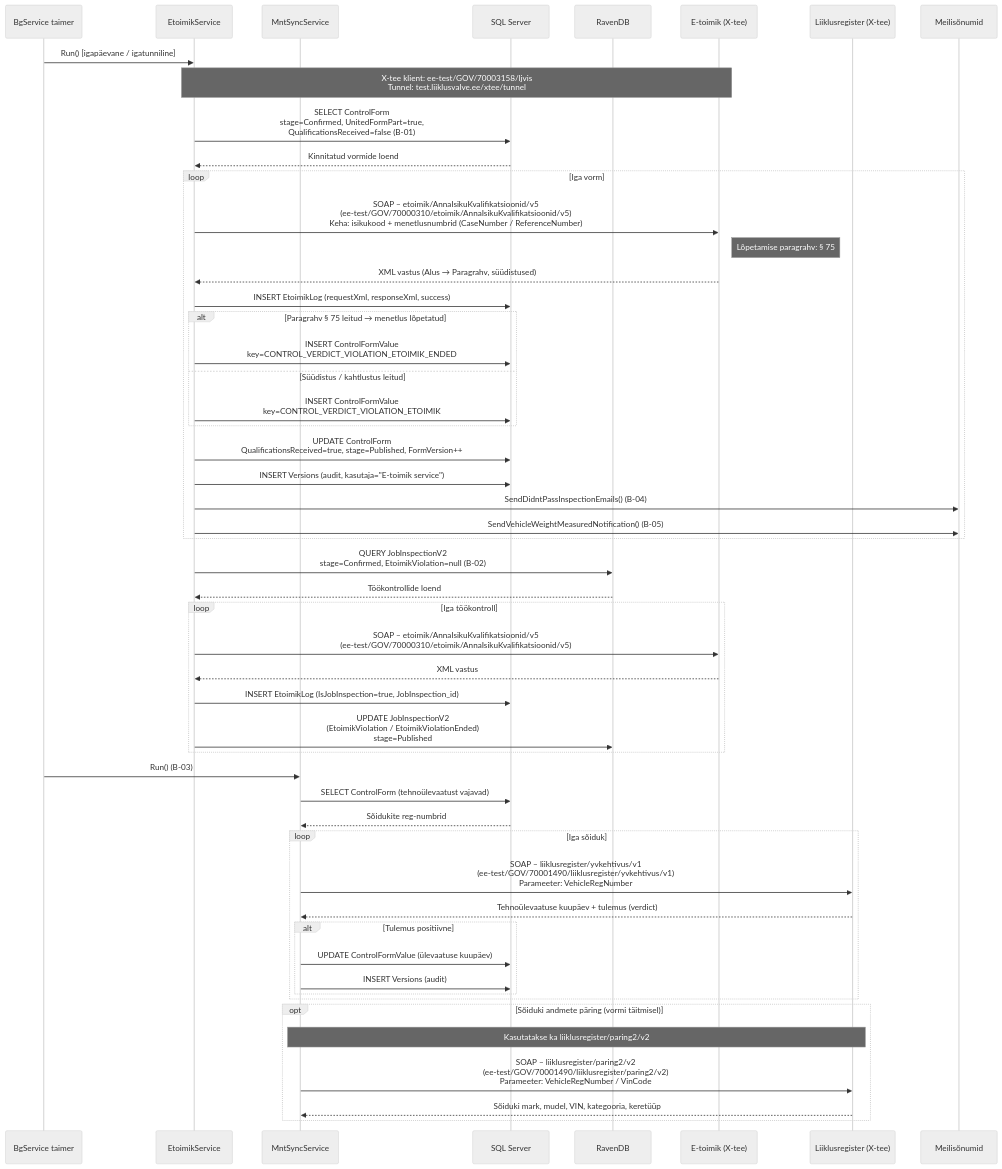
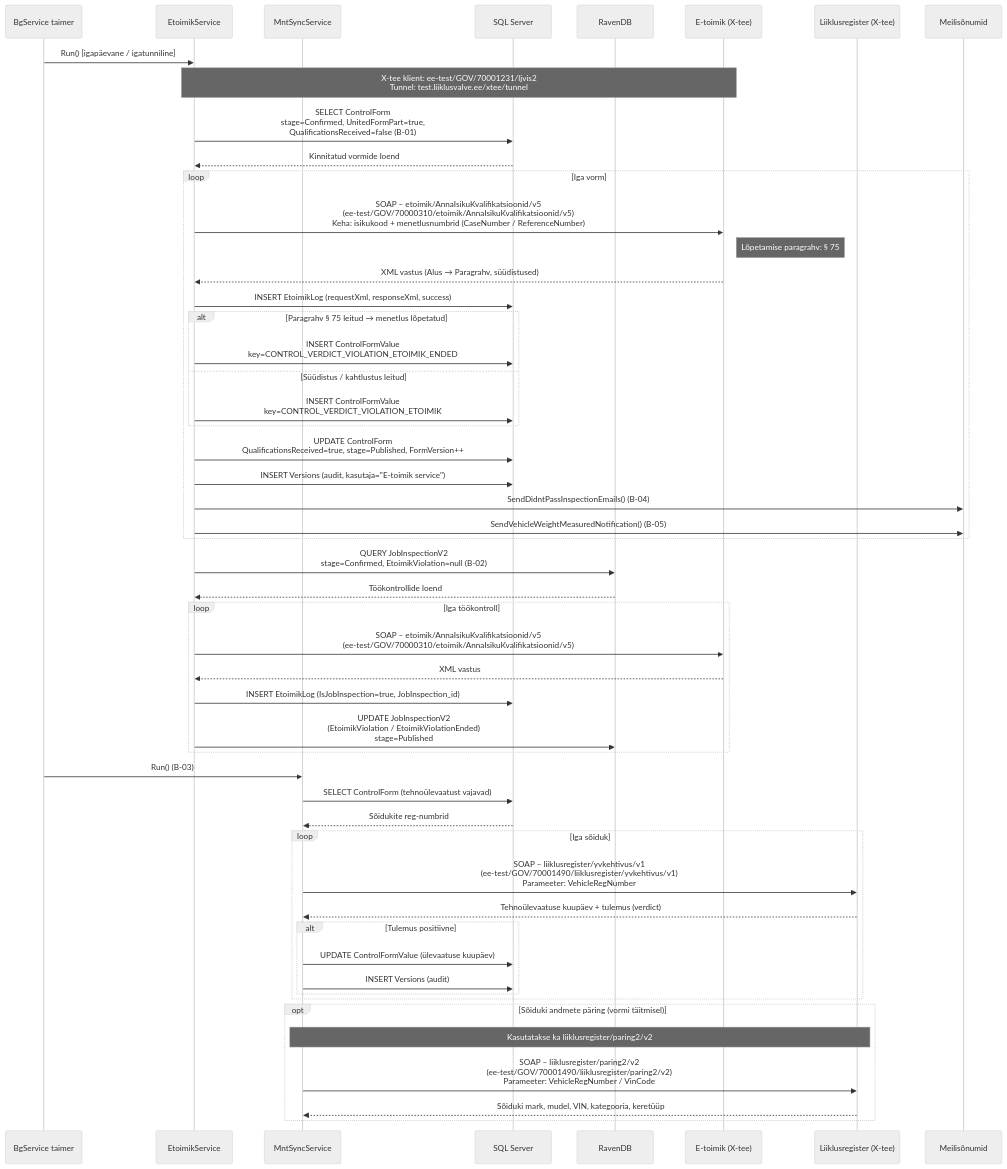
Diagram 19 of 19 in architecture/use-cases.md (kemit-ee/ljvis-2), drawn with Mermaid (neutral theme) before and after one commit. The commit also changed other lines of this file and 2 other files, not shown here.

Commit message:
docs(xtee): LJVIS 2 alamsüsteemi nimi (KLIM 70001231/ljvis2) ja RR teenus domesticDataExchange/isikud

````diff
--- a/architecture/use-cases.md
+++ b/architecture/use-cases.md
@@ -946,66 +946,66 @@
 ```mermaid
 sequenceDiagram
     participant Timer as BgService taimer
     participant EtoimikSvc as EtoimikService
     participant MntSvc as MntSyncService
     participant DB as SQL Server
     participant Raven as RavenDB
     participant Etoimik as E-toimik (X-tee)
     participant MNT as Liiklusregister (X-tee)
     participant Mail as Meilisõnumid
 
     Timer->>EtoimikSvc: Run() [igapäevane / igatunniline]
 
-    Note over EtoimikSvc,Etoimik: X-tee klient: ee-test/GOV/70003158/ljvis<br/>Tunnel: test.liiklusvalve.ee/xtee/tunnel
+    Note over EtoimikSvc,Etoimik: X-tee klient: ee-test/GOV/70001231/ljvis2<br/>Tunnel: test.liiklusvalve.ee/xtee/tunnel
 
     EtoimikSvc->>DB: SELECT ControlForm<br/>stage=Confirmed, UnitedFormPart=true,<br/>QualificationsReceived=false (B-01)
     DB-->>EtoimikSvc: Kinnitatud vormide loend
 
     loop Iga vorm
         EtoimikSvc->>Etoimik: SOAP – etoimik/AnnaIsikuKvalifikatsioonid/v5<br/>(ee-test/GOV/70000310/etoimik/AnnaIsikuKvalifikatsioonid/v5)<br/>Keha: isikukood + menetlusnumbrid (CaseNumber / ReferenceNumber)
         Note right of Etoimik: Lõpetamise paragrahv: § 75
         Etoimik-->>EtoimikSvc: XML vastus (Alus → Paragrahv, süüdistused)
 
         EtoimikSvc->>DB: INSERT EtoimikLog (requestXml, responseXml, success)
 
         alt Paragrahv § 75 leitud → menetlus lõpetatud
             EtoimikSvc->>DB: INSERT ControlFormValue<br/>key=CONTROL_VERDICT_VIOLATION_ETOIMIK_ENDED
         else Süüdistus / kahtlustus leitud
             EtoimikSvc->>DB: INSERT ControlFormValue<br/>key=CONTROL_VERDICT_VIOLATION_ETOIMIK
         end
 
         EtoimikSvc->>DB: UPDATE ControlForm<br/>QualificationsReceived=true, stage=Published, FormVersion++
         EtoimikSvc->>DB: INSERT Versions (audit, kasutaja="E-toimik service")
         EtoimikSvc->>Mail: SendDidntPassInspectionEmails() (B-04)
         EtoimikSvc->>Mail: SendVehicleWeightMeasuredNotification() (B-05)
     end
 
     EtoimikSvc->>Raven: QUERY JobInspectionV2<br/>stage=Confirmed, EtoimikViolation=null (B-02)
     Raven-->>EtoimikSvc: Töökontrollide loend
 
     loop Iga töökontroll
         EtoimikSvc->>Etoimik: SOAP – etoimik/AnnaIsikuKvalifikatsioonid/v5<br/>(ee-test/GOV/70000310/etoimik/AnnaIsikuKvalifikatsioonid/v5)
         Etoimik-->>EtoimikSvc: XML vastus
         EtoimikSvc->>DB: INSERT EtoimikLog (IsJobInspection=true, JobInspection_id)
         EtoimikSvc->>Raven: UPDATE JobInspectionV2<br/>(EtoimikViolation / EtoimikViolationEnded)<br/>stage=Published
     end
 
     Timer->>MntSvc: Run() (B-03)
     MntSvc->>DB: SELECT ControlForm (tehnoülevaatust vajavad)
     DB-->>MntSvc: Sõidukite reg-numbrid
 
     loop Iga sõiduk
         MntSvc->>MNT: SOAP – liiklusregister/yvkehtivus/v1<br/>(ee-test/GOV/70001490/liiklusregister/yvkehtivus/v1)<br/>Parameeter: VehicleRegNumber
         MNT-->>MntSvc: Tehnoülevaatuse kuupäev + tulemus (verdict)
         alt Tulemus positiivne
             MntSvc->>DB: UPDATE ControlFormValue (ülevaatuse kuupäev)
             MntSvc->>DB: INSERT Versions (audit)
         end
     end
 
     opt Sõiduki andmete päring (vormi täitmisel)
         Note over MntSvc,MNT: Kasutatakse ka liiklusregister/paring2/v2
         MntSvc->>MNT: SOAP – liiklusregister/paring2/v2<br/>(ee-test/GOV/70001490/liiklusregister/paring2/v2)<br/>Parameeter: VehicleRegNumber / VinCode
         MNT-->>MntSvc: Sõiduki mark, mudel, VIN, kategooria, keretüüp
     end
 ```
````
